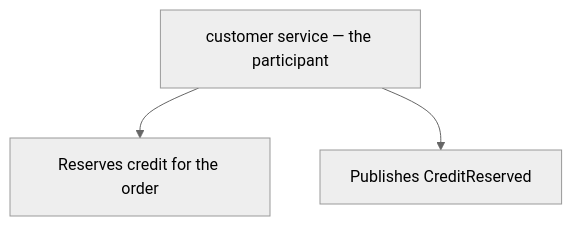
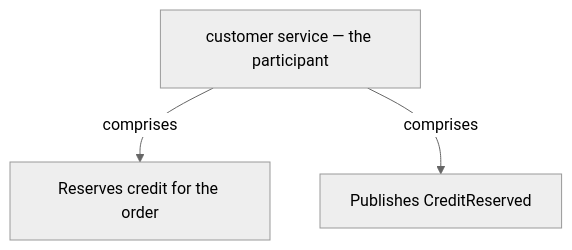
Before and after one commit to vinayakuber/microservices-io-study-guide: the seventh of 14 diagrams in docs/ch15-saga.md, drawn with Mermaid (neutral theme). The commit also changed other lines of this file and 71 other files, not shown here.

First line of the commit message:
R18: label every diagram arrow with its meaning

````diff
--- a/docs/ch15-saga.md
+++ b/docs/ch15-saga.md
@@ -279,6 +279,6 @@
 ```mermaid
 flowchart TD
   R["customer service — the participant"]
-  R --> P0["Reserves credit for the order"]
-  R --> P1["Publishes CreditReserved"]
+  R -->|"comprises"| P0["Reserves credit for the order"]
+  R -->|"comprises"| P1["Publishes CreditReserved"]
 ```
````
